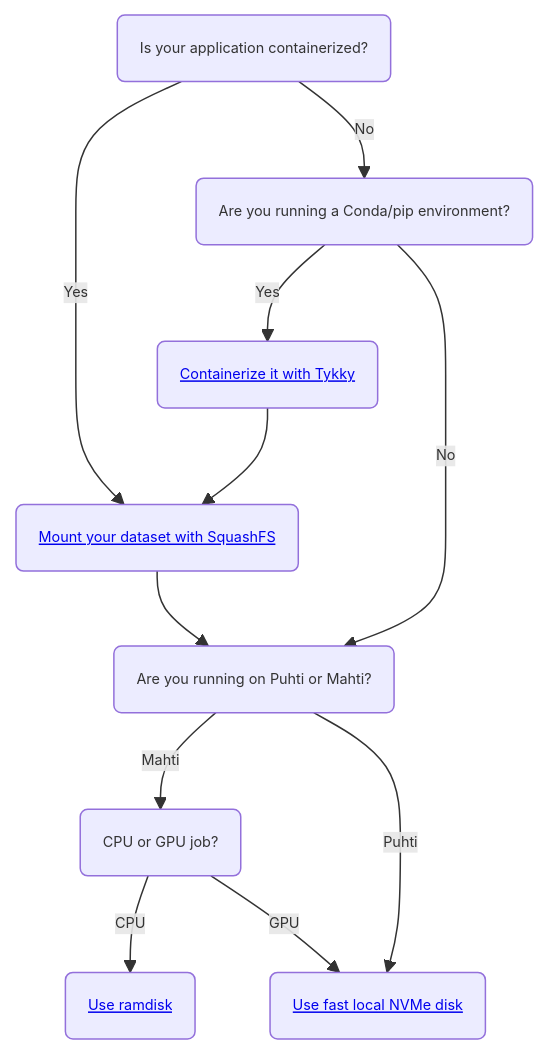
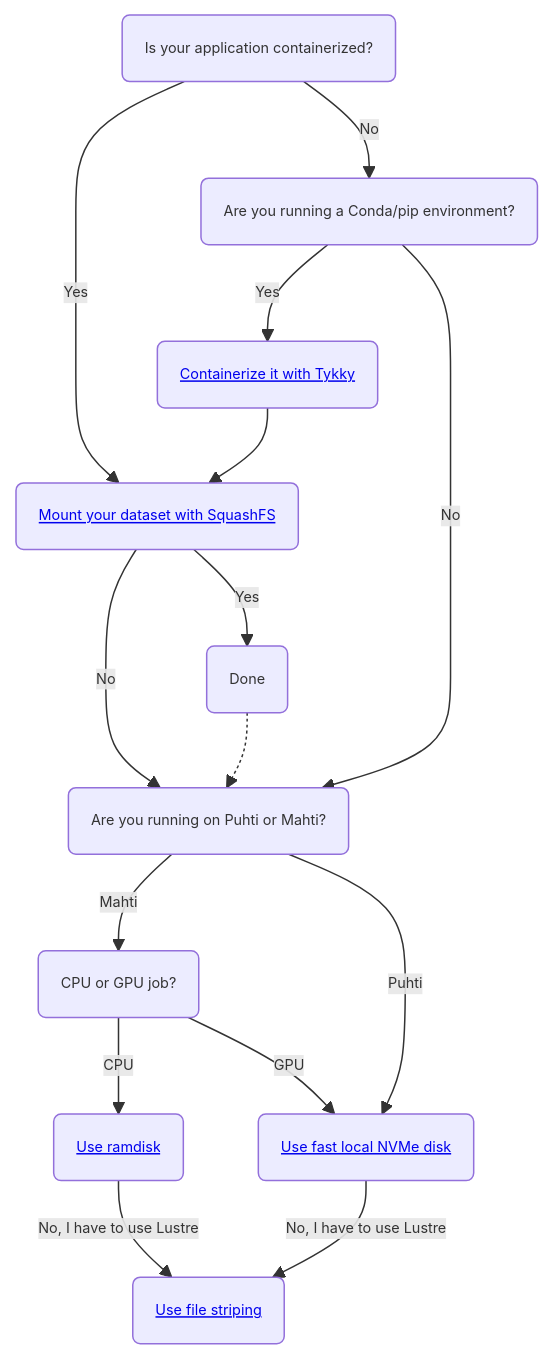
Before and after one commit to CSCfi/csc-user-guide: the second of 2 diagrams in docs/computing/running/throughput.md, drawn with Mermaid. The commit also changed other lines of this file, not shown here.

Commit message:
Improve flowcharts, add motivation, links

````diff
--- a/docs/computing/running/throughput.md
+++ b/docs/computing/running/throughput.md
@@ -63,14 +54,18 @@
 ```mermaid
 %%{init: {'theme': 'default', 'themeVariables': { 'fontSize': '0.6rem', 'fontFamily': 'Raleway'}}}%%
 graph TD
     A(Is your application containerized?) -->|Yes| B(<a href='/computing/containers/run-existing/#mounting-datasets-with-squashfs'>Mount your dataset with SquashFS</a>)
     A -->|No| C(Are you running a Conda/pip environment?)
     C -->|Yes| D(<a href='/computing/containers/tykky/'>Containerize it with Tykky</a>)
     D --> B
     C -->|No| E(Are you running on Puhti or Mahti?)
     E -->|Mahti| F(CPU or GPU job?)
     F -->|CPU| G(<a href='/computing/disk/#compute-nodes-without-local-ssd-nvme-disks'>Use ramdisk</a>)
     F -->|GPU| H(<a href='/computing/disk/#compute-nodes-with-local-ssd-nvme-disks'>Use fast local NVMe disk</a>)
     E -->|Puhti| H
-    B --> E
+    B -->|No| E
+    B -->|Yes| I(Done)
+    I -.-> E
+    G -->|No, I have to use Lustre| J(<a href='/computing/lustre/#file-striping-and-alignment'>Use file striping</a>)
+    H -->|No, I have to use Lustre| J
 ```
````
